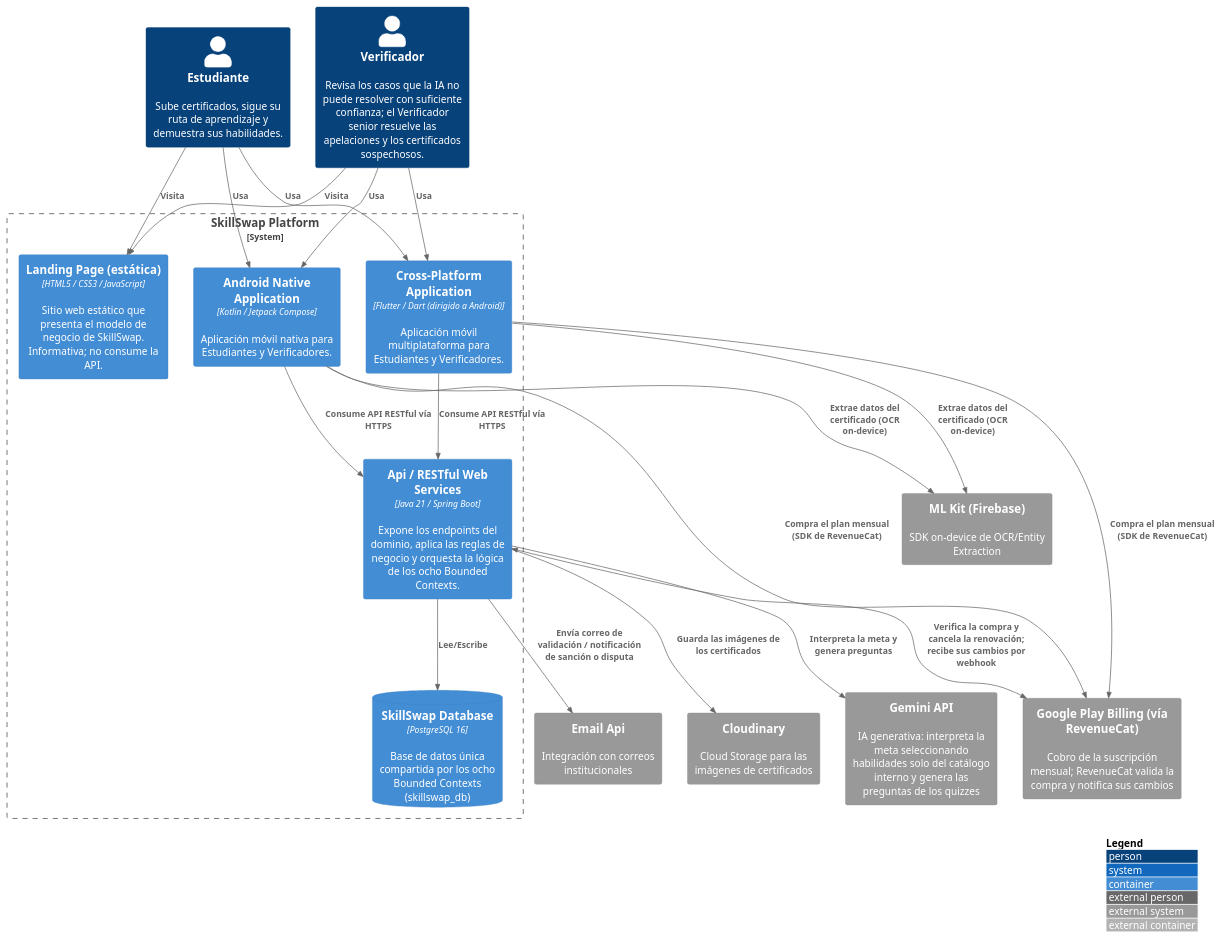
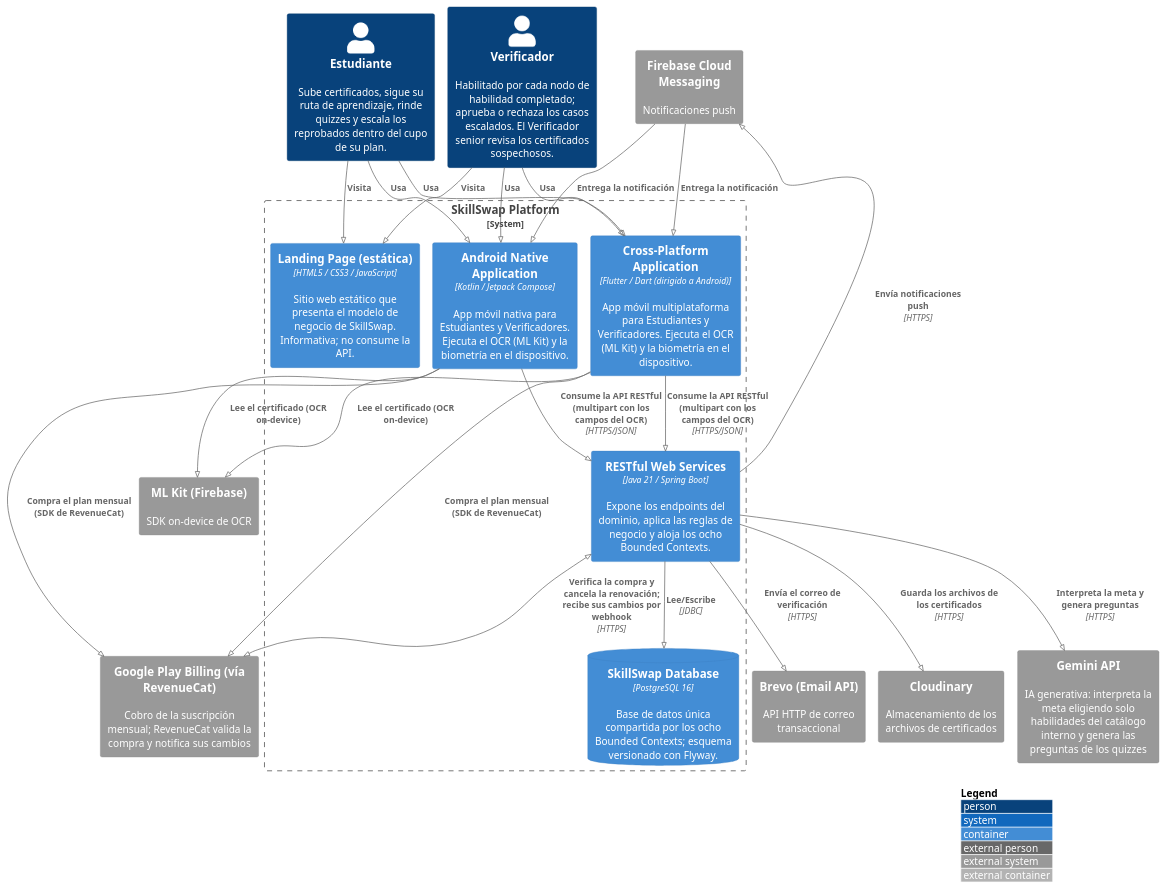
Before and after one commit to Aplicaciones-Dispositivos-Moviles/SkillSwap-ProjectReport: the diagram in DB&C4/Container_Diagram.puml, drawn with PlantUML. The commit also changed 25 other files, not shown here.

First line of the commit message:
docs(images): regenerate C4, context map and component diagrams

```diff
--- a/DB&C4/Container_Diagram.puml
+++ b/DB&C4/Container_Diagram.puml
@@ -1,45 +1,50 @@
 @startuml SkillSwapContainer
+!pragma layout smetana
 !include https://raw.githubusercontent.com/plantuml-stdlib/C4-PlantUML/master/C4_Container.puml
 
 LAYOUT_WITH_LEGEND()
 
-Person(student, "Estudiante", "Sube certificados, sigue su ruta de aprendizaje y demuestra sus habilidades.")
-Person(verifier, "Verificador", "Revisa los casos que la IA no puede resolver con suficiente confianza; el Verificador senior resuelve las apelaciones y los certificados sospechosos.")
+Person(student, "Estudiante", "Sube certificados, sigue su ruta de aprendizaje, rinde quizzes y escala los reprobados dentro del cupo de su plan.")
+Person(verifier, "Verificador", "Habilitado por cada nodo de habilidad completado; aprueba o rechaza los casos escalados. El Verificador senior revisa los certificados sospechosos.")
 
 System_Boundary(skillSwapSystem, "SkillSwap Platform") {
     Container(landingPage, "Landing Page (estática)", "HTML5 / CSS3 / JavaScript", "Sitio web estático que presenta el modelo de negocio de SkillSwap. Informativa; no consume la API.")
-    Container(androidApp, "Android Native Application", "Kotlin / Jetpack Compose", "Aplicación móvil nativa para Estudiantes y Verificadores.")
-    Container(flutterApp, "Cross-Platform Application", "Flutter / Dart (dirigido a Android)", "Aplicación móvil multiplataforma para Estudiantes y Verificadores.")
-    Container(apiGateway, "Api / RESTful Web Services", "Java 21 / Spring Boot", "Expone los endpoints del dominio, aplica las reglas de negocio y orquesta la lógica de los ocho Bounded Contexts.")
-    ContainerDb(mainDB, "SkillSwap Database", "PostgreSQL 16", "Base de datos única compartida por los ocho Bounded Contexts (skillswap_db)")
+    Container(androidApp, "Android Native Application", "Kotlin / Jetpack Compose", "App móvil nativa para Estudiantes y Verificadores. Ejecuta el OCR (ML Kit) y la biometría en el dispositivo.")
+    Container(flutterApp, "Cross-Platform Application", "Flutter / Dart (dirigido a Android)", "App móvil multiplataforma para Estudiantes y Verificadores. Ejecuta el OCR (ML Kit) y la biometría en el dispositivo.")
+    Container(webApi, "RESTful Web Services", "Java 21 / Spring Boot", "Expone los endpoints del dominio, aplica las reglas de negocio y aloja los ocho Bounded Contexts.")
+    ContainerDb(mainDB, "SkillSwap Database", "PostgreSQL 16", "Base de datos única compartida por los ocho Bounded Contexts; esquema versionado con Flyway.")
 }
 
-System_Ext(emailService, "Email Api", "Integración con correos institucionales")
-System_Ext(mlKitService, "ML Kit (Firebase)", "SDK on-device de OCR/Entity Extraction")
-System_Ext(cloudStorage, "Cloudinary", "Cloud Storage para las imágenes de certificados")
+System_Ext(emailService, "Brevo (Email API)", "API HTTP de correo transaccional")
+System_Ext(pushService, "Firebase Cloud Messaging", "Notificaciones push")
+System_Ext(mlKitService, "ML Kit (Firebase)", "SDK on-device de OCR")
+System_Ext(cloudStorage, "Cloudinary", "Almacenamiento de los archivos de certificados")
 System_Ext(googlePlayBilling, "Google Play Billing (vía RevenueCat)", "Cobro de la suscripción mensual; RevenueCat valida la compra y notifica sus cambios")
-System_Ext(geminiApi, "Gemini API", "IA generativa: interpreta la meta seleccionando habilidades solo del catálogo interno y genera las preguntas de los quizzes")
+System_Ext(geminiApi, "Gemini API", "IA generativa: interpreta la meta eligiendo solo habilidades del catálogo interno y genera las preguntas de los quizzes")
 
 Rel(student, androidApp, "Usa")
 Rel(verifier, androidApp, "Usa")
 Rel(student, flutterApp, "Usa")
 Rel(verifier, flutterApp, "Usa")
 
 Rel(student, landingPage, "Visita")
 Rel(verifier, landingPage, "Visita")
 
-Rel(androidApp, apiGateway, "Consume API RESTful vía HTTPS")
-Rel(flutterApp, apiGateway, "Consume API RESTful vía HTTPS")
-Rel(androidApp, mlKitService, "Extrae datos del certificado (OCR on-device)")
-Rel(flutterApp, mlKitService, "Extrae datos del certificado (OCR on-device)")
+Rel(androidApp, webApi, "Consume la API RESTful (multipart con los campos del OCR)", "HTTPS/JSON")
+Rel(flutterApp, webApi, "Consume la API RESTful (multipart con los campos del OCR)", "HTTPS/JSON")
+Rel(androidApp, mlKitService, "Lee el certificado (OCR on-device)")
+Rel(flutterApp, mlKitService, "Lee el certificado (OCR on-device)")
 Rel(androidApp, googlePlayBilling, "Compra el plan mensual (SDK de RevenueCat)")
 Rel(flutterApp, googlePlayBilling, "Compra el plan mensual (SDK de RevenueCat)")
 
-Rel(apiGateway, mainDB, "Lee/Escribe")
+Rel(webApi, mainDB, "Lee/Escribe", "JDBC")
 
-Rel(apiGateway, emailService, "Envía correo de validación / notificación de sanción o disputa")
-Rel(apiGateway, cloudStorage, "Guarda las imágenes de los certificados")
-BiRel(apiGateway, googlePlayBilling, "Verifica la compra y cancela la renovación; recibe sus cambios por webhook")
-Rel(apiGateway, geminiApi, "Interpreta la meta y genera preguntas")
+Rel(webApi, emailService, "Envía el correo de verificación", "HTTPS")
+Rel(webApi, pushService, "Envía notificaciones push", "HTTPS")
+Rel(pushService, androidApp, "Entrega la notificación")
+Rel(pushService, flutterApp, "Entrega la notificación")
+Rel(webApi, cloudStorage, "Guarda los archivos de los certificados", "HTTPS")
+BiRel(webApi, googlePlayBilling, "Verifica la compra y cancela la renovación; recibe sus cambios por webhook", "HTTPS")
+Rel(webApi, geminiApi, "Interpreta la meta y genera preguntas", "HTTPS")
 
 @enduml
```
